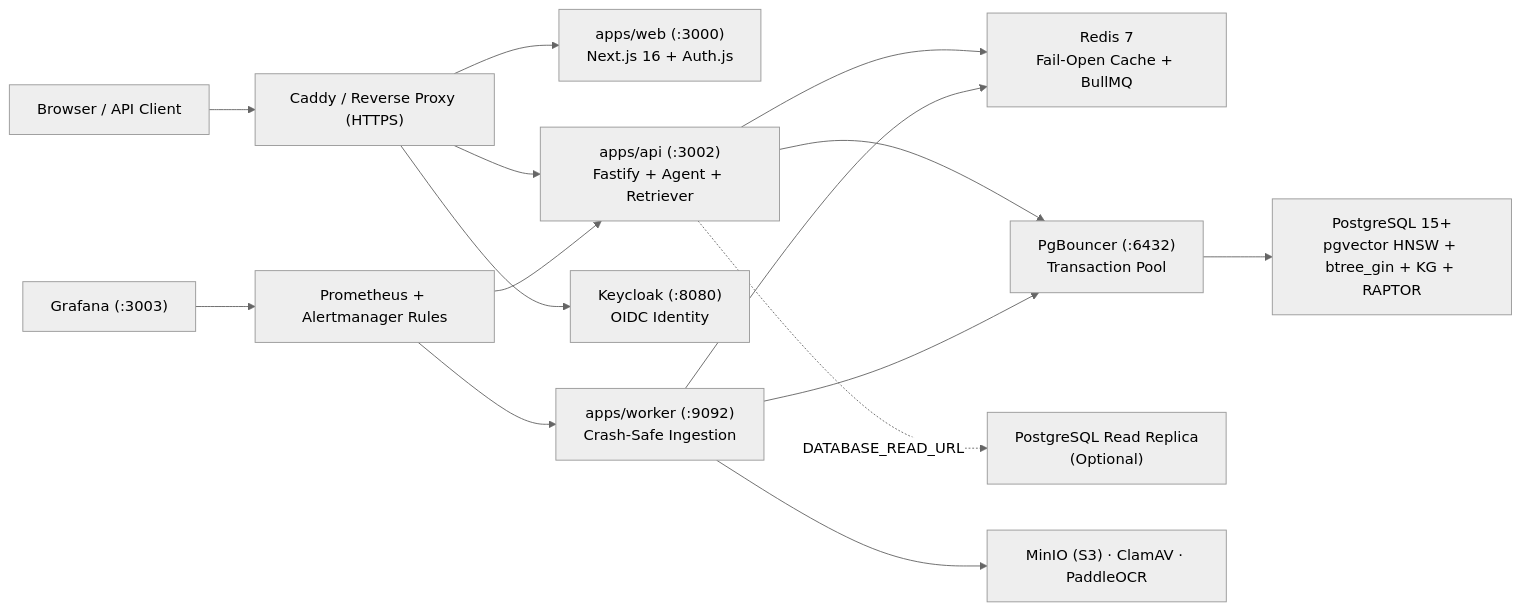
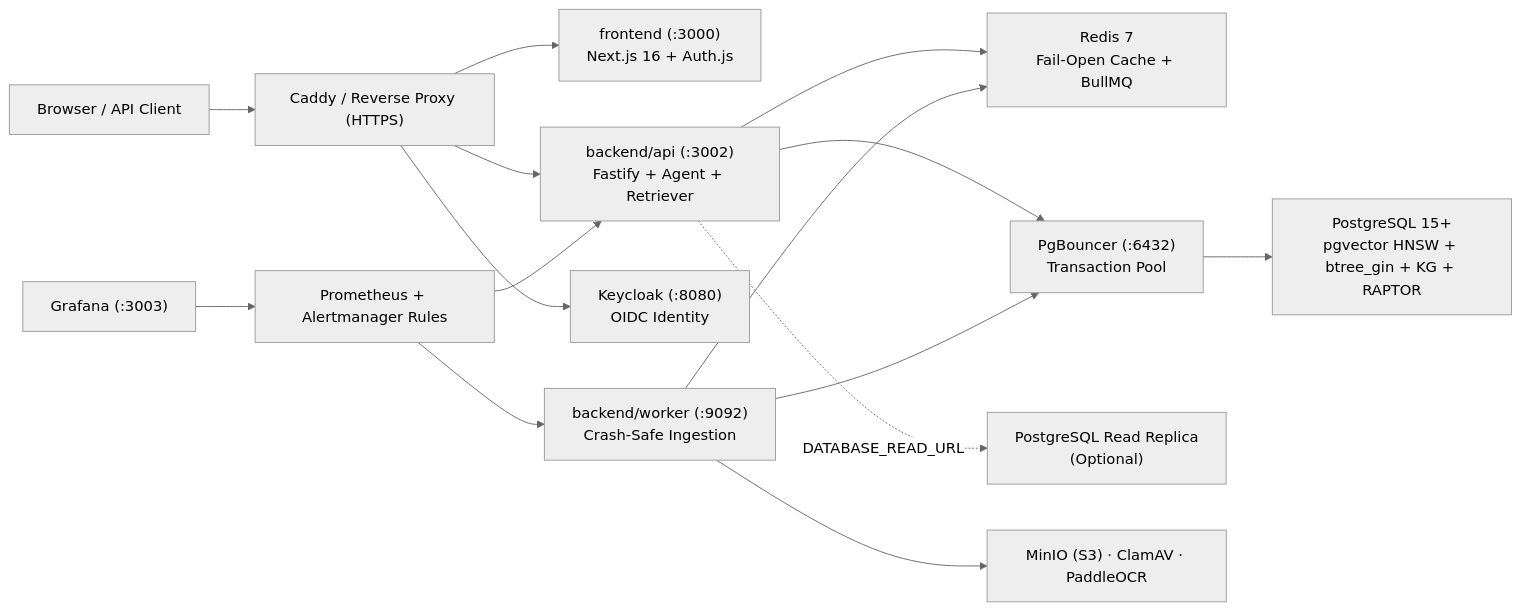
The diagram in README.md (aditbap/ArkhiveRAG), drawn with Mermaid (neutral theme) before and after one commit. The commit also changed other lines of this file and 125 other files, not shown here.

Commit message:
refactor(repo): separate frontend/backend, colocate Dockerfiles, and consolidate docs

````diff
--- a/README.md
+++ b/README.md
@@ -66,20 +66,20 @@
 ```mermaid
 flowchart LR
     Client["Browser / API Client"] --> Proxy["Caddy / Reverse Proxy (HTTPS)"]
-    Proxy --> Web["apps/web (:3000)\nNext.js 16 + Auth.js"]
-    Proxy --> API["apps/api (:3002)\nFastify + Agent + Retriever"]
+    Proxy --> Web["frontend (:3000)\nNext.js 16 + Auth.js"]
+    Proxy --> API["backend/api (:3002)\nFastify + Agent + Retriever"]
     Proxy --> Keycloak["Keycloak (:8080)\nOIDC Identity"]
 
     API --> Redis["Redis 7\nFail-Open Cache + BullMQ"]
     API --> PgBouncer["PgBouncer (:6432)\nTransaction Pool"]
     API -.->|"DATABASE_READ_URL"| ReadReplica["PostgreSQL Read Replica\n(Optional)"]
 
-    Worker["apps/worker (:9092)\nCrash-Safe Ingestion"] --> Redis
+    Worker["backend/worker (:9092)\nCrash-Safe Ingestion"] --> Redis
     Worker --> PgBouncer
     Worker --> Sidecars["MinIO (S3) · ClamAV · PaddleOCR"]
 
     PgBouncer --> Postgres["PostgreSQL 15+\npgvector HNSW + btree_gin + KG + RAPTOR"]
     Prom["Prometheus + Alertmanager Rules"] --> API
     Prom --> Worker
     Grafana["Grafana (:3003)"] --> Prom
 ```
````
